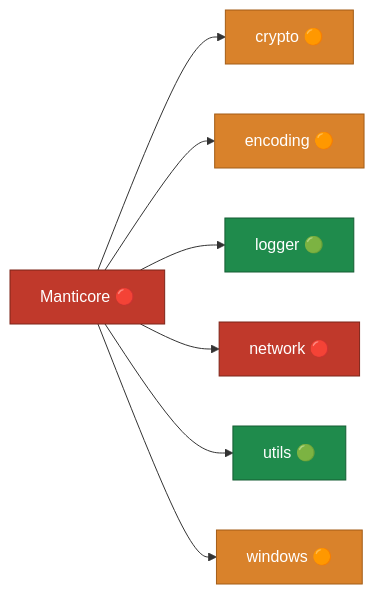
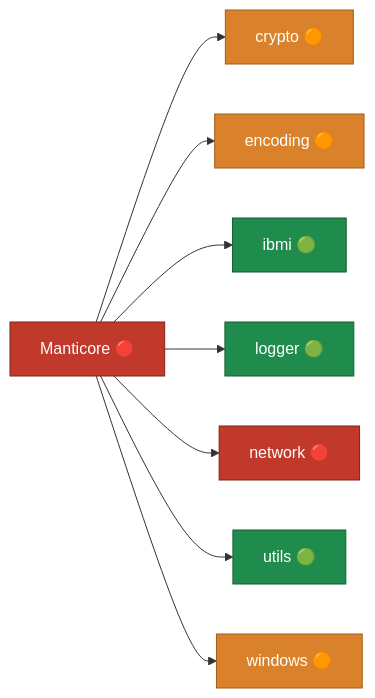
One commit to TheManticoreProject/Manticore changed the diagram in README.md. Above: the diagram before and after it, drawn with Mermaid. The commit also changed other lines of this file and 7 other files, not shown here.

````diff
--- a/README.md
+++ b/README.md
@@ -35,19 +36,21 @@
 ```mermaid
 graph LR
   root["Manticore 🔴"]:::c0
   n_crypto["crypto 🟠"]:::c1
   n_encoding["encoding 🟠"]:::c1
+  n_ibmi["ibmi 🟢"]:::c2
   n_logger["logger 🟢"]:::c2
   n_network["network 🔴"]:::c0
   n_utils["utils 🟢"]:::c2
   n_windows["windows 🟠"]:::c1
   root --> n_crypto
   root --> n_encoding
+  root --> n_ibmi
   root --> n_logger
   root --> n_network
   root --> n_utils
   root --> n_windows
   classDef c2 fill:#1f8b4c,stroke:#155d33,color:#fff;
   classDef c1 fill:#d9822b,stroke:#a35d17,color:#fff;
   classDef c0 fill:#c0392b,stroke:#7d2419,color:#fff;
 ```
````
